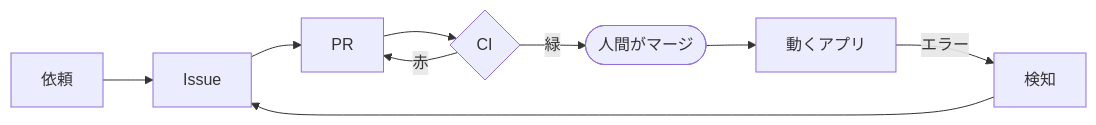
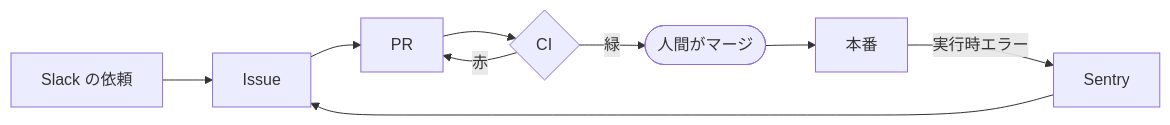
One commit to hakusoft/loop-engineering-lab changed the first of 2 diagrams in README.md. Above: the diagram before and after it, drawn with Mermaid. The commit also changed other lines of this file and 3 other files, not shown here.

````diff
--- a/README.md
+++ b/README.md
@@ -14,11 +9,11 @@
 ```mermaid
 flowchart LR
-    REQ[依頼] --> ISSUE[Issue]
+    SLACK[Slack の依頼] --> ISSUE[Issue]
     ISSUE --> PR[PR]
     PR --> CI{CI}
+    CI -->|赤| PR
     CI -->|緑| HUMAN([人間がマージ])
-    CI -->|赤| PR
-    HUMAN --> APP[動くアプリ]
-    APP -->|エラー| DETECT[検知]
-    DETECT --> ISSUE
+    HUMAN --> PROD[本番]
+    PROD -->|実行時エラー| SENTRY[Sentry]
+    SENTRY --> ISSUE
 ```
````
